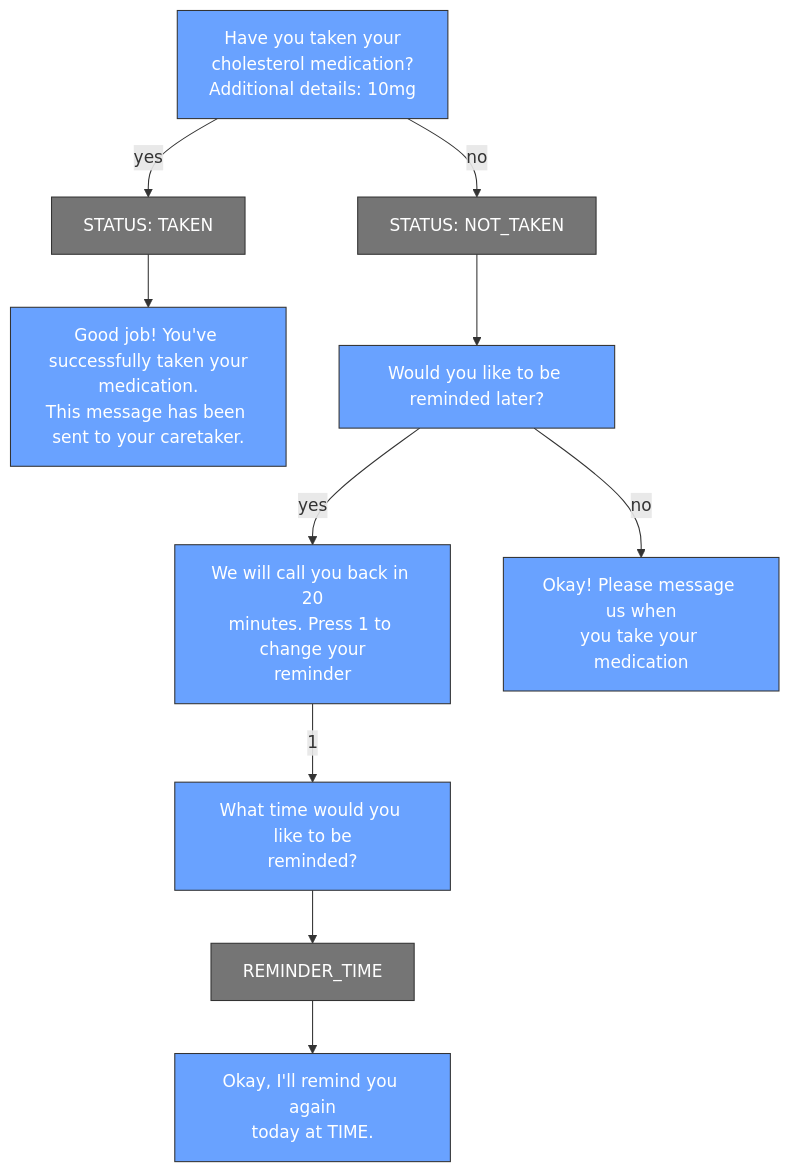
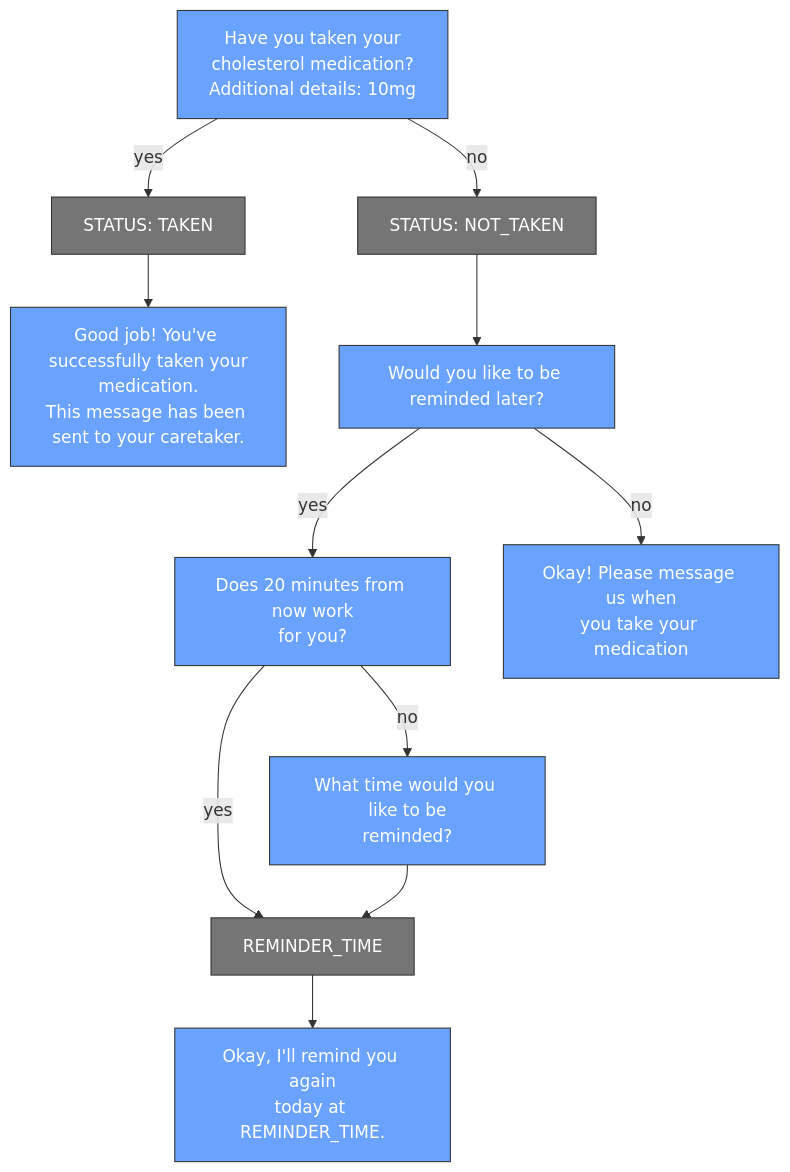
Before and after one commit to FuturrCoder/cs329-chatbot: the diagram in task2.mmd, drawn with Mermaid.

```diff
--- a/task2.mmd
+++ b/task2.mmd
@@ -1,28 +1,30 @@
 graph TD
     %% Styling classes
     classDef blueBox fill:#69a2ff,stroke:#333,stroke-width:1px,color:#fff;
     classDef greyBox fill:#757575,stroke:#333,stroke-width:1px,color:#fff;
 
     A["Have you taken your<br>cholesterol medication?<br>Additional details: 10mg"]:::blueBox
     B["Good job! You've successfully taken your<br>medication.<br>This message has been sent to your caretaker."]:::blueBox
     C["Would you like to be reminded later?"]:::blueBox
-    D["We will call you back in 20<br>minutes. Press 1 to change your<br>reminder"]:::blueBox
+    D["Does 20 minutes from now work<br>for you?"]:::blueBox
     E["Okay! Please message us when<br>you take your medication"]:::blueBox
     F["What time would you like to be<br>reminded?"]:::blueBox
     G["REMINDER_TIME"]:::greyBox
-    H["Okay, I'll remind you again<br>today at TIME."]:::blueBox
+    H["Okay, I'll remind you again<br>today at REMINDER_TIME."]:::blueBox
 
     TAKEN["STATUS: TAKEN"]:::greyBox
     NOT_TAKEN["STATUS: NOT_TAKEN"]:::greyBox
 
     A -- yes --> TAKEN
     TAKEN --> B
     
     A -- no --> NOT_TAKEN
     NOT_TAKEN --> C
     
     C -- yes --> D
     C -- no --> E
-    D -- 1 --> F
+    
+    D -- yes --> G
+    D -- no --> F
     F --> G
     G --> H
```
